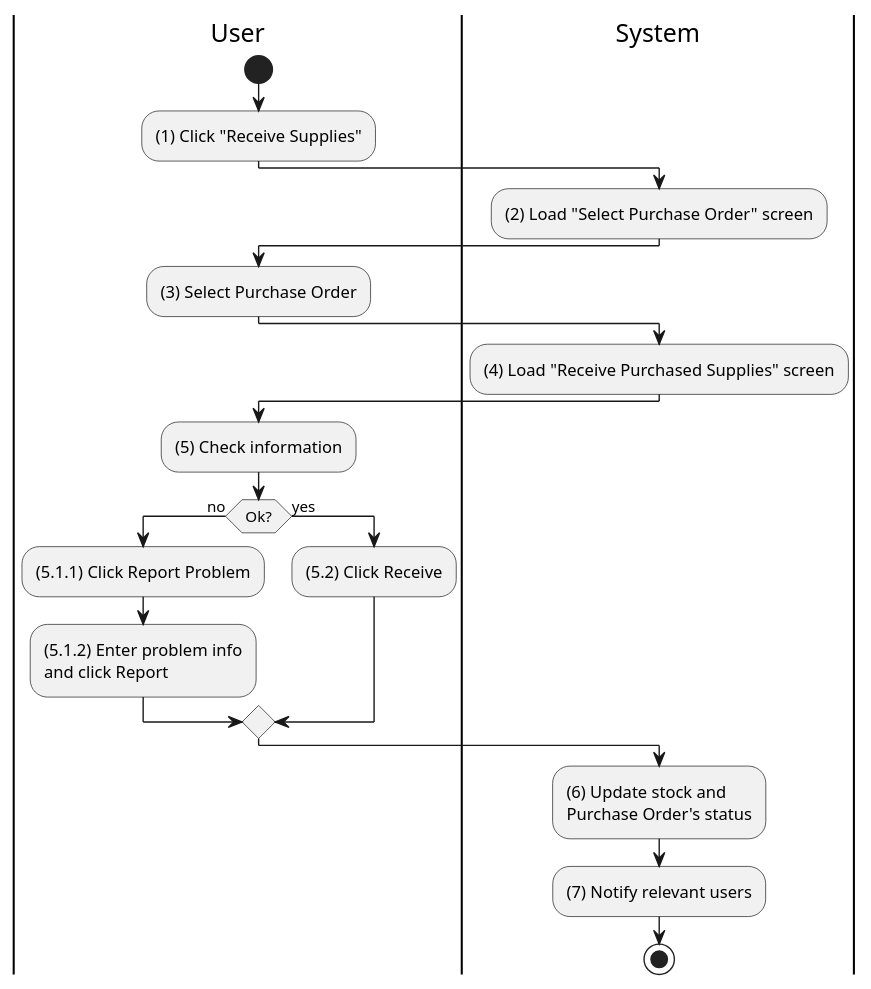
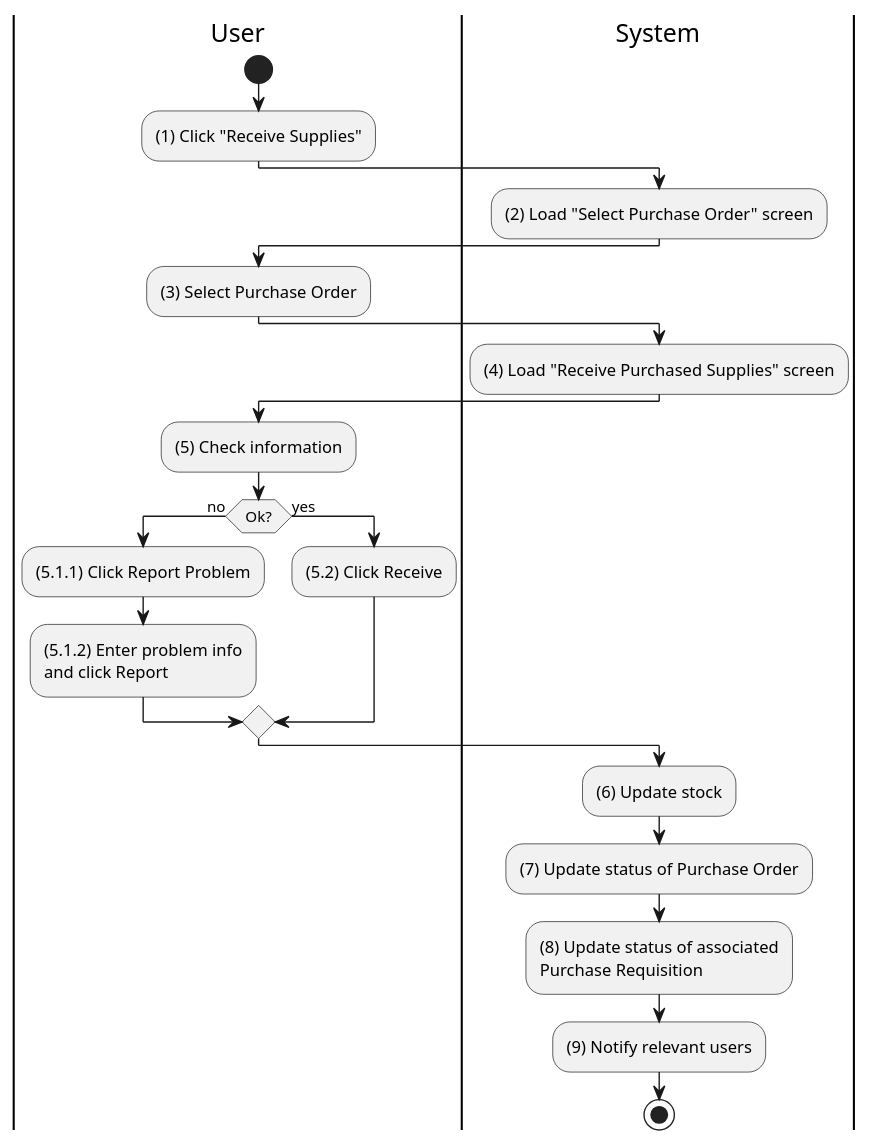
Before and after one commit to phihungha/scmss-reqs: the diagram in activities/inventory-supply-receive.plantuml, drawn with PlantUML. The commit also changed 3 other files, not shown here.

```diff
--- a/activities/inventory-supply-receive.plantuml
+++ b/activities/inventory-supply-receive.plantuml
@@ -1,34 +1,36 @@
 @startuml inventory-supply-receive
 |u|User
 |s|System
 
 |u|
 start
 :(1) Click "Receive Supplies";
 
 |s|
 :(2) Load "Select Purchase Order" screen;
 
 |u|
 :(3) Select Purchase Order;
 
 |s|
 :(4) Load "Receive Purchased Supplies" screen;
 
 |u|
 :(5) Check information;
 
 if (Ok?) then (no)
     |u|
     :(5.1.1) Click Report Problem;
     :(5.1.2) Enter problem info\nand click Report;
 else (yes)
     |u|
     :(5.2) Click Receive;
 endif
 
 |s|
-:(6) Update stock and \nPurchase Order's status;
-:(7) Notify relevant users;
+:(6) Update stock;
+:(7) Update status of Purchase Order;
+:(8) Update status of associated\nPurchase Requisition;
+:(9) Notify relevant users;
 stop
 @enduml
```
